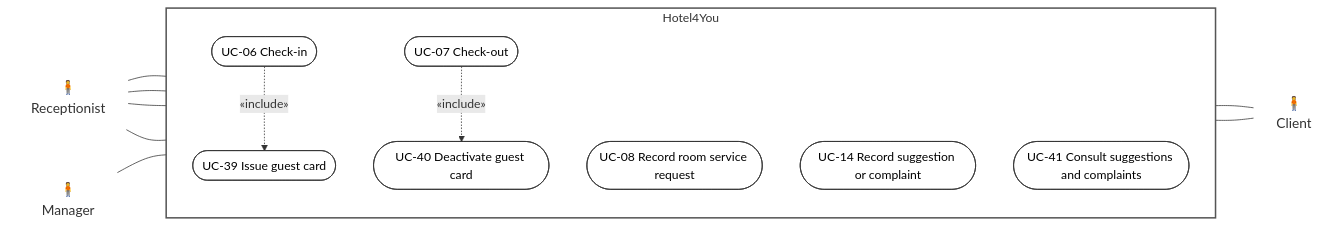
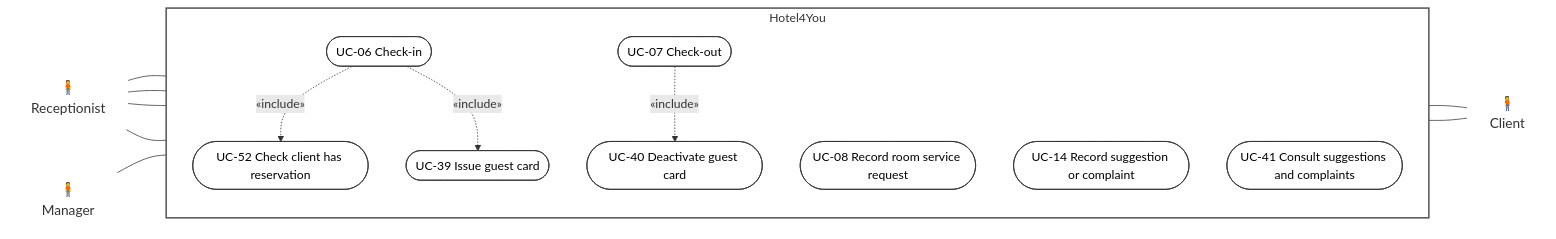
Before and after one commit to BorjaTiago/hotel4you: the fifth of 7 diagrams in docs/uml/use-cases.md, drawn with Mermaid. The commit also changed other lines of this file and 5 other files, not shown here.

First line of the commit message:
H4Y-7 add retro include relations to use-case diagrams (#36)

````diff
--- a/docs/uml/use-cases.md
+++ b/docs/uml/use-cases.md
@@ -183,36 +189,38 @@
 ```mermaid
 flowchart LR
   %% Requirements: RF-07, RF-09, RF-13, RF-14, RF-15, RF-16, RF-27. Decisions: Q-08, Q-09, Q-11, Q-18, Q-30, Q-33.
   Receptionist["🧍<br/>Receptionist"]:::actor
   Manager["🧍<br/>Manager"]:::actor
 
   subgraph Hotel4You["Hotel4You"]
     direction TB
     UC06(["UC-06 Check-in"]):::uc
+    UC52(["UC-52 Check client has reservation"]):::uc
     UC39(["UC-39 Issue guest card"]):::uc
     UC07(["UC-07 Check-out"]):::uc
     UC40(["UC-40 Deactivate guest card"]):::uc
     UC08(["UC-08 Record room service request"]):::uc
     UC14(["UC-14 Record suggestion or complaint"]):::uc
     UC41(["UC-41 Consult suggestions and complaints"]):::uc
   end
 
   Client["🧍<br/>Client"]:::actor
 
   Receptionist --- UC06
   Receptionist --- UC07
   Receptionist --- UC08
   Receptionist --- UC14
   Manager --- UC41
   Manager ~~~ UC06
   UC08 --- Client
   UC14 --- Client
   UC40 ~~~ Client
 
+  UC06 -.->|"«include»"| UC52
   UC06 -.->|"«include»"| UC39
   UC07 -.->|"«include»"| UC40
 
   classDef actor fill:none,stroke:none,font-size:18px
   classDef uc fill:#ffffff,stroke:#333333,color:#000000
   style Hotel4You fill:none,stroke:#555555,stroke-width:2px
 ```
````
